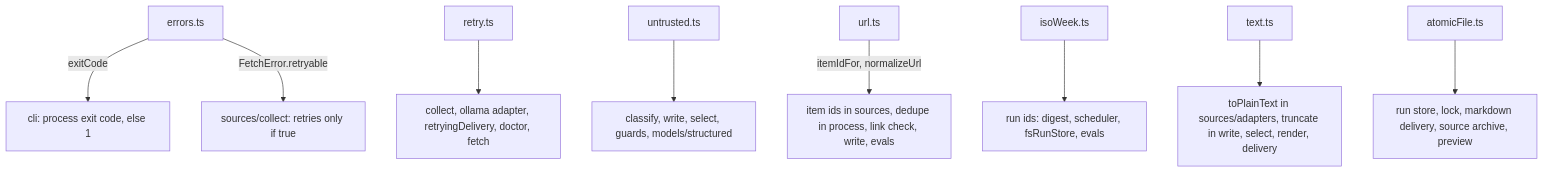
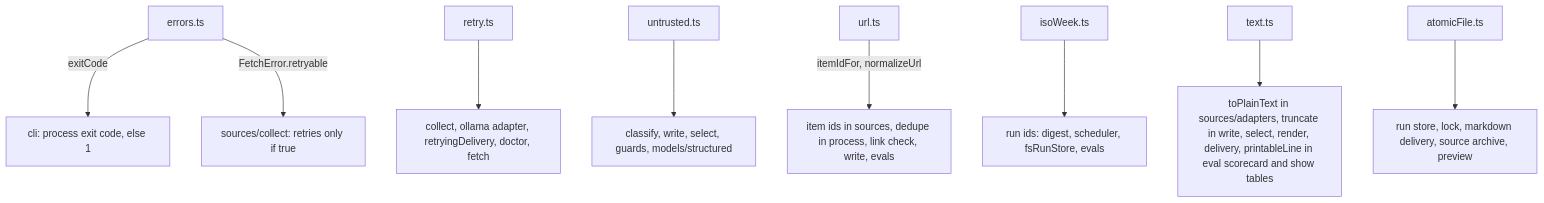
One commit to odere-pro/weekly-engineering-digest-agent changed the second of 2 diagrams in src/shared/CLAUDE.md. Above: the diagram before and after it, drawn with Mermaid. The commit also changed other lines of this file and 7 other files, not shown here.

Commit message:
fix(cli): printableLine strips every format character before printing

````diff
--- a/src/shared/CLAUDE.md
+++ b/src/shared/CLAUDE.md
@@ -19,11 +19,11 @@
 ```mermaid
 flowchart TD
   errors["errors.ts"] -->|"exitCode"| exit["cli: process exit code, else 1"]
   errors -->|"FetchError.retryable"| collect["sources/collect: retries only if true"]
   retry["retry.ts"] --> callers["collect, ollama adapter, retryingDelivery, doctor, fetch"]
   untrusted["untrusted.ts"] --> prompts["classify, write, select, guards, models/structured"]
   url["url.ts"] -->|"itemIdFor, normalizeUrl"| ids["item ids in sources, dedupe in process, link check, write, evals"]
   isoWeek["isoWeek.ts"] --> weeks["run ids: digest, scheduler, fsRunStore, evals"]
-  text["text.ts"] --> caps["toPlainText in sources/adapters, truncate in write, select, render, delivery"]
+  text["text.ts"] --> caps["toPlainText in sources/adapters, truncate in write, select, render, delivery, printableLine in eval scorecard and show tables"]
   atomic["atomicFile.ts"] --> files["run store, lock, markdown delivery, source archive, preview"]
 ```
````
